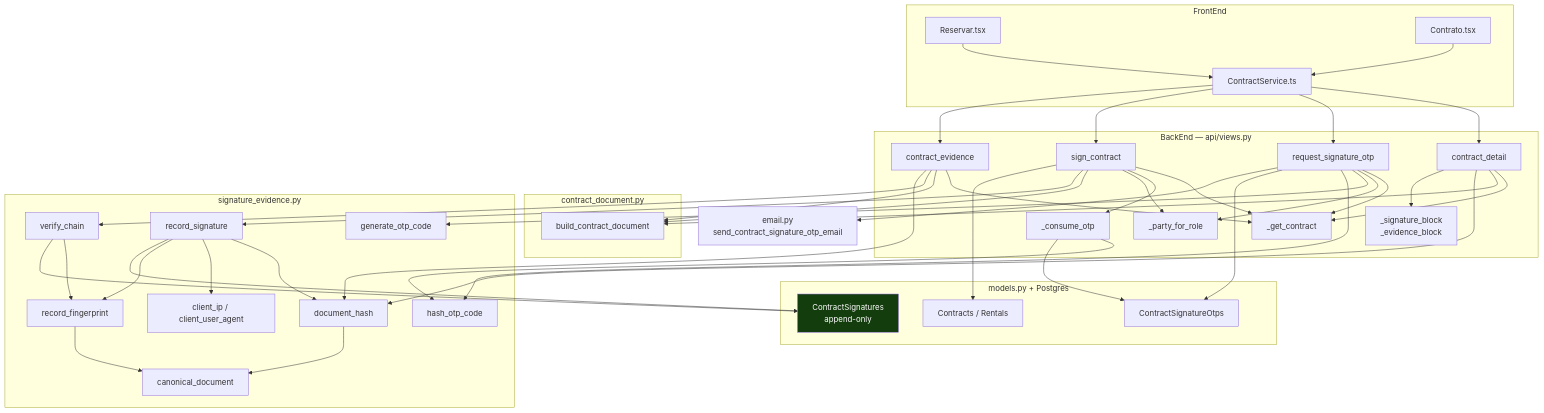
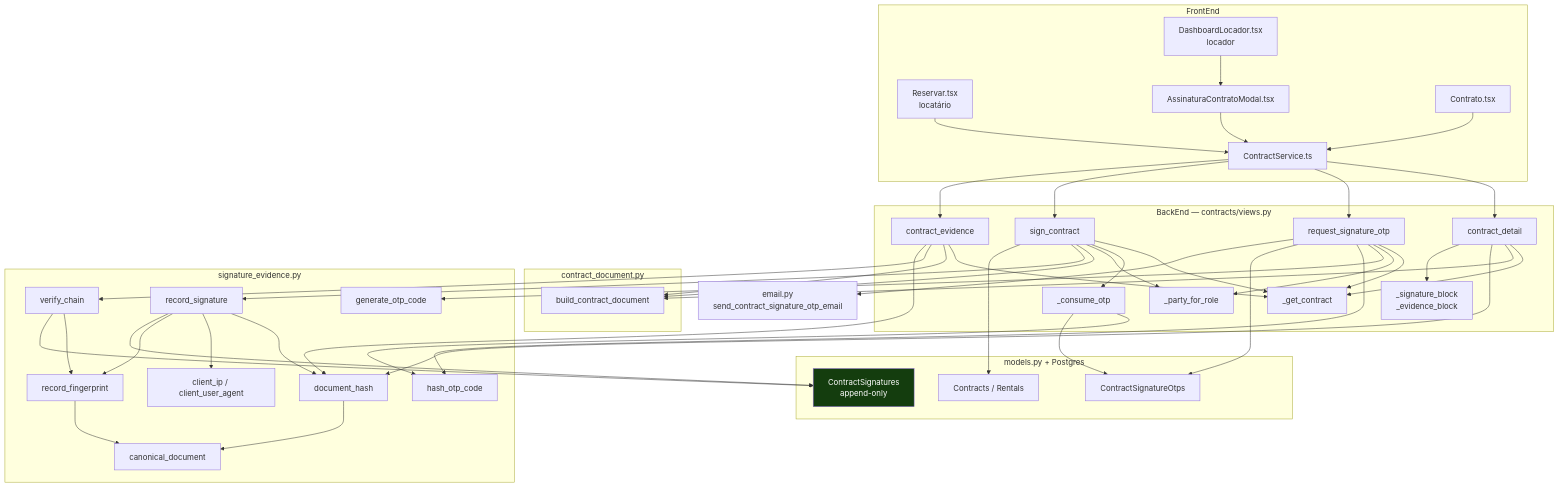
Before and after one commit to joaoson/Frota_Rural: the third of 9 diagrams in Documentation/README_Fluxo_Assinatura.md, drawn with Mermaid. The commit also changed other lines of this file and 58 other files, not shown here.

````diff
--- a/Documentation/README_Fluxo_Assinatura.md
+++ b/Documentation/README_Fluxo_Assinatura.md
@@ -133,14 +135,18 @@
 ```mermaid
 flowchart TD
     subgraph FE["FrontEnd"]
-        RES["Reservar.tsx"]
+        RES["Reservar.tsx<br/>locatário"]
+        DSH["DashboardLocador.tsx<br/>locador"]
+        MOD["AssinaturaContratoModal.tsx"]
         CTR["Contrato.tsx"]
         SVC["ContractService.ts"]
         RES --> SVC
+        DSH --> MOD
+        MOD --> SVC
         CTR --> SVC
     end
 
-    subgraph API["BackEnd — api/views.py"]
+    subgraph API["BackEnd — contracts/views.py"]
         DET["contract_detail"]
         OTP["request_signature_otp"]
         SGN["sign_contract"]
````
